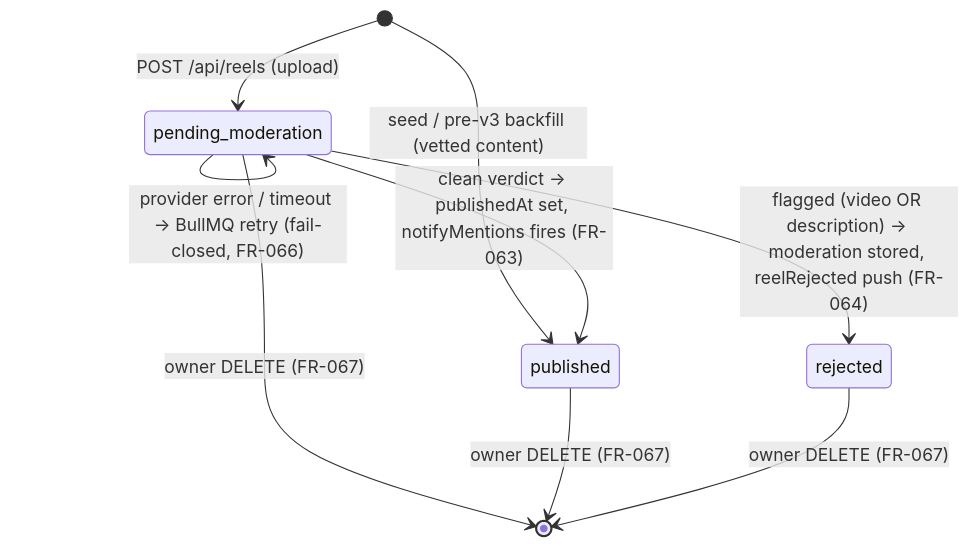
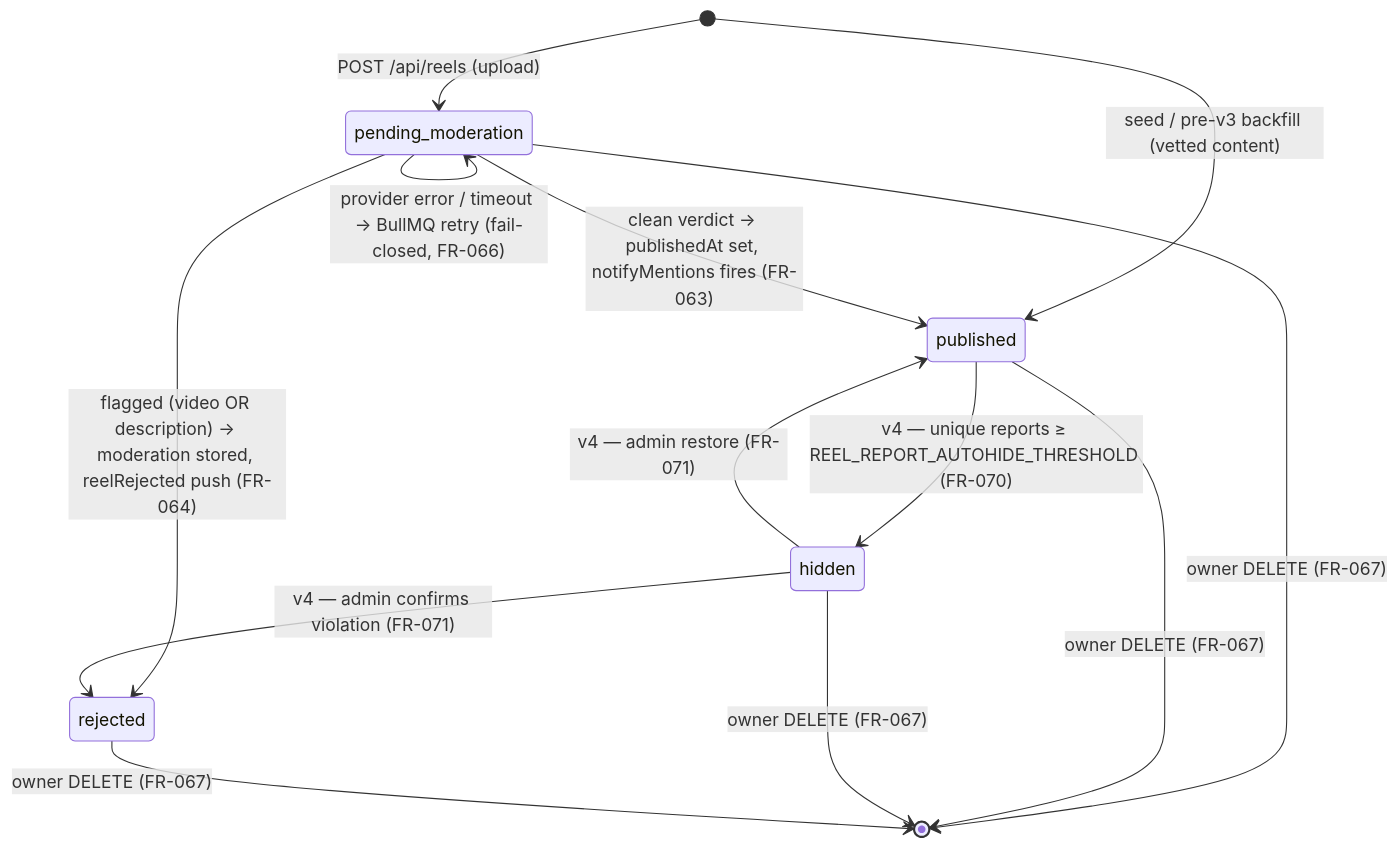
The second of 2 diagrams in specs/021-reels-video-feed/data-model.md (ZooZM/ciro-chat-app), drawn with Mermaid before and after one commit. The commit also changed other lines of this file and 99 other files, not shown here.

````diff
--- a/specs/021-reels-video-feed/data-model.md
+++ b/specs/021-reels-video-feed/data-model.md
@@ -103,11 +121,15 @@
 ```mermaid
 stateDiagram-v2
     [*] --> pending_moderation : POST /api/reels (upload)
     [*] --> published : seed / pre-v3 backfill (vetted content)
     pending_moderation --> pending_moderation : provider error / timeout → BullMQ retry (fail-closed, FR-066)
     pending_moderation --> published : clean verdict → publishedAt set, notifyMentions fires (FR-063)
     pending_moderation --> rejected : flagged (video OR description) → moderation stored, reelRejected push (FR-064)
+    published --> hidden : v4 — unique reports ≥ REEL_REPORT_AUTOHIDE_THRESHOLD (FR-070)
+    hidden --> published : v4 — admin restore (FR-071)
+    hidden --> rejected : v4 — admin confirms violation (FR-071)
     pending_moderation --> [*] : owner DELETE (FR-067)
     published --> [*] : owner DELETE (FR-067)
+    hidden --> [*] : owner DELETE (FR-067)
     rejected --> [*] : owner DELETE (FR-067)
 ```
````
